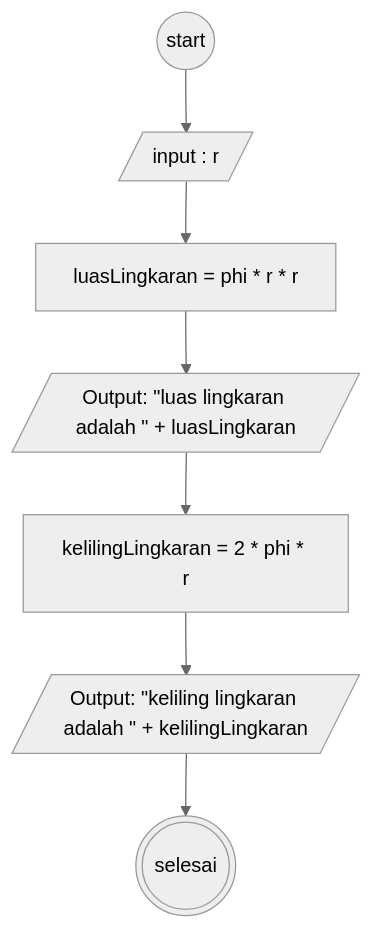
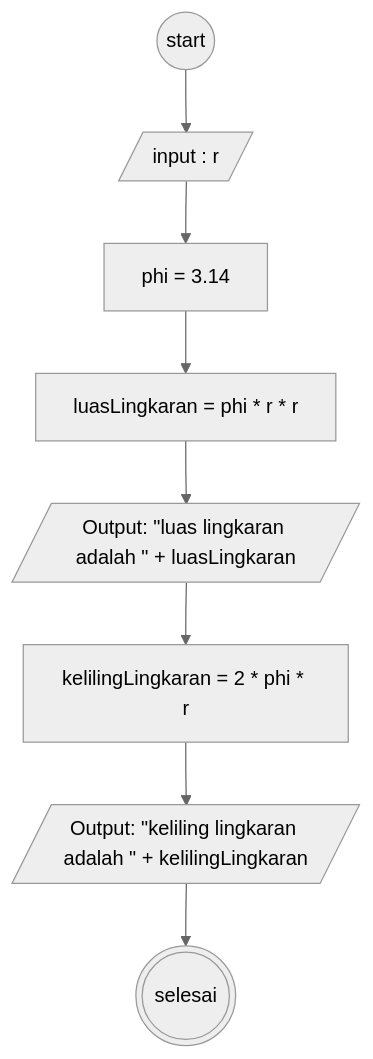
One commit to adityabastyas/koda-b6-javascript1 changed the diagram in README.md. Above: the diagram before and after it, drawn with Mermaid (neutral theme). The commit also changed other lines of this file, not shown here.

Commit message:
Update flowchart in README.md with new steps

````diff
--- a/README.md
+++ b/README.md
@@ -7,18 +7,20 @@
 ```mermaid
 flowchart TD
 
   A@{shape: circle, label: "start"}
   B@{shape: lean-r, label: "input : r"}
-  C@{shape: rect, label: "luasLingkaran =  phi * r * r"}
-  D@{shape: lean-r, label: 'Output: "luas lingkaran adalah " + luasLingkaran'}
-  E@{shape: rect, label: "kelilingLingkaran = 2 * phi * r"}
-  F@{shape: lean-r, label: 'Output: "keliling lingkaran adalah " + kelilingLingkaran'}
-  G@{shape: dbl-circ, label: "selesai"}
+  C@{shape: rect, label: "phi = 3.14"}
+  D@{shape: rect, label: "luasLingkaran =  phi * r * r"}
+  E@{shape: lean-r, label: 'Output: "luas lingkaran adalah " + luasLingkaran'}
+  F@{shape: rect, label: "kelilingLingkaran = 2 * phi * r"}
+  G@{shape: lean-r, label: 'Output: "keliling lingkaran adalah " + kelilingLingkaran'}
+ H@{shape: dbl-circ, label: "selesai"}
 
   A --> B
   B --> C
   C --> D
   D --> E
   E --> F
   F --> G
+  G --> H
 ```
````
